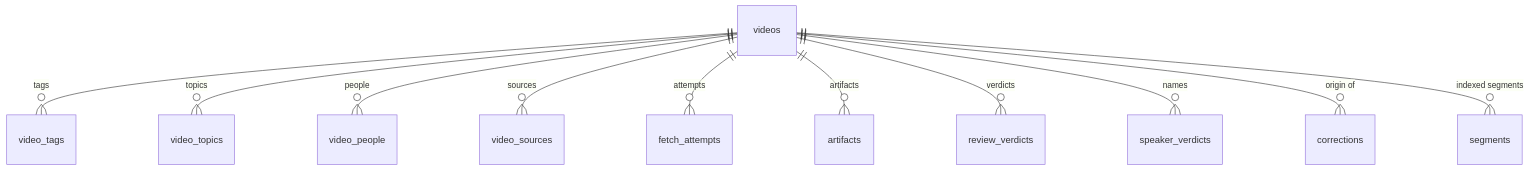
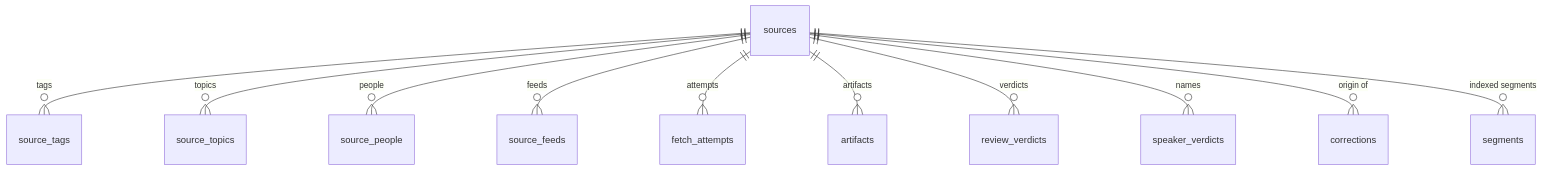
The first of 2 diagrams in docs/design/storage-schema.md (nagarkar/corpuslm), drawn with Mermaid before and after one commit. The commit also changed other lines of this file and 9 other files, not shown here.

First line of the commit message:
Schema 4: sources (kind, locator), source_feeds, no corpus-level feeds; v2/v3 upgrade in place (nagarkar/ytlm#50 seam cut 1)

````diff
--- a/docs/design/storage-schema.md
+++ b/docs/design/storage-schema.md
@@ -23,13 +23,13 @@
 ```mermaid
 erDiagram
-  videos ||--o{ video_tags : "tags"
-  videos ||--o{ video_topics : "topics"
-  videos ||--o{ video_people : "people"
-  videos ||--o{ video_sources : "sources"
-  videos ||--o{ fetch_attempts : "attempts"
-  videos ||--o{ artifacts : "artifacts"
-  videos ||--o{ review_verdicts : "verdicts"
-  videos ||--o{ speaker_verdicts : "names"
-  videos ||--o{ corrections : "origin of"
-  videos ||--o{ segments : "indexed segments"
+  sources ||--o{ source_tags : "tags"
+  sources ||--o{ source_topics : "topics"
+  sources ||--o{ source_people : "people"
+  sources ||--o{ source_feeds : "feeds"
+  sources ||--o{ fetch_attempts : "attempts"
+  sources ||--o{ artifacts : "artifacts"
+  sources ||--o{ review_verdicts : "verdicts"
+  sources ||--o{ speaker_verdicts : "names"
+  sources ||--o{ corrections : "origin of"
+  sources ||--o{ segments : "indexed segments"
 ```
````
